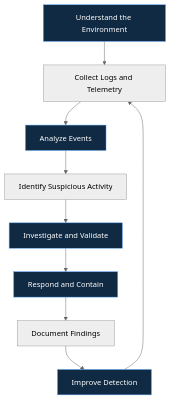
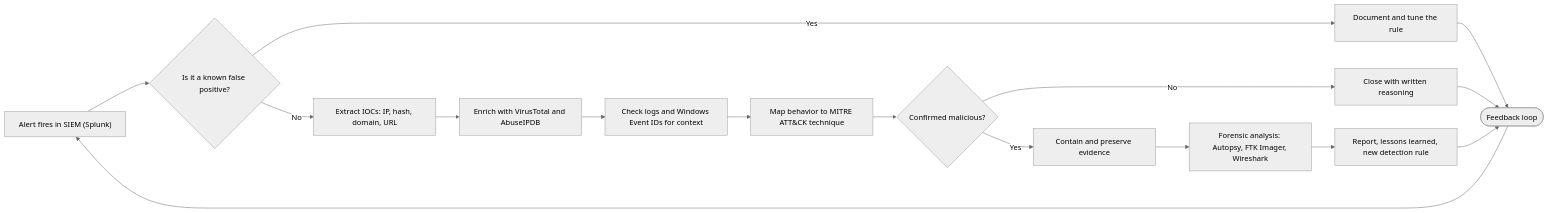
One commit to RS3921/RS3921 changed the first of 11 diagrams in README.md. Above: the diagram before and after it, drawn with Mermaid (neutral theme). The commit also changed other lines of this file, not shown here.

````diff
--- a/README.md
+++ b/README.md
@@ -128,17 +101,18 @@
 ```mermaid
-flowchart TD
-    A["Understand the Environment"] --> B["Collect Logs and Telemetry"]
-    B --> C["Analyze Events"]
-    C --> D["Identify Suspicious Activity"]
-    D --> E["Investigate and Validate"]
-    E --> F["Respond and Contain"]
-    F --> G["Document Findings"]
-    G --> H["Improve Detection"]
-    H --> B
-
-    style A fill:#102a43,stroke:#58a6ff,color:#ffffff
-    style C fill:#102a43,stroke:#58a6ff,color:#ffffff
-    style E fill:#102a43,stroke:#58a6ff,color:#ffffff
-    style F fill:#102a43,stroke:#58a6ff,color:#ffffff
-    style H fill:#102a43,stroke:#58a6ff,color:#ffffff
+flowchart LR
+    A["Alert fires in SIEM (Splunk)"] --> B{"Is it a known false positive?"}
+    B -- Yes --> C["Document and tune the rule"]
+    B -- No --> D["Extract IOCs: IP, hash, domain, URL"]
+    D --> E["Enrich with VirusTotal and AbuseIPDB"]
+    E --> F["Check logs and Windows Event IDs for context"]
+    F --> G["Map behavior to MITRE ATT&CK technique"]
+    G --> H{"Confirmed malicious?"}
+    H -- No --> I["Close with written reasoning"]
+    H -- Yes --> J["Contain and preserve evidence"]
+    J --> K["Forensic analysis: Autopsy, FTK Imager, Wireshark"]
+    K --> L["Report, lessons learned, new detection rule"]
+    C --> M(["Feedback loop"])
+    I --> M
+    L --> M
+    M --> A
 ```
````
